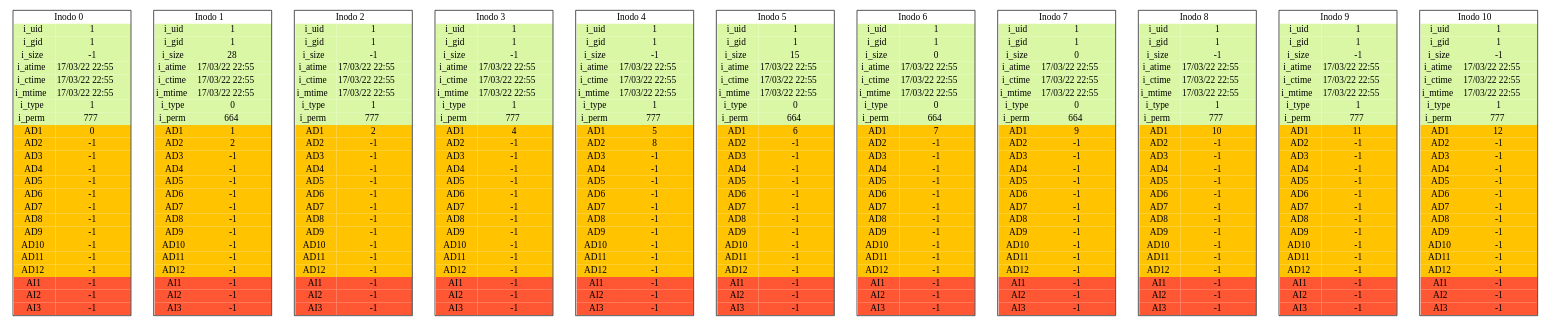
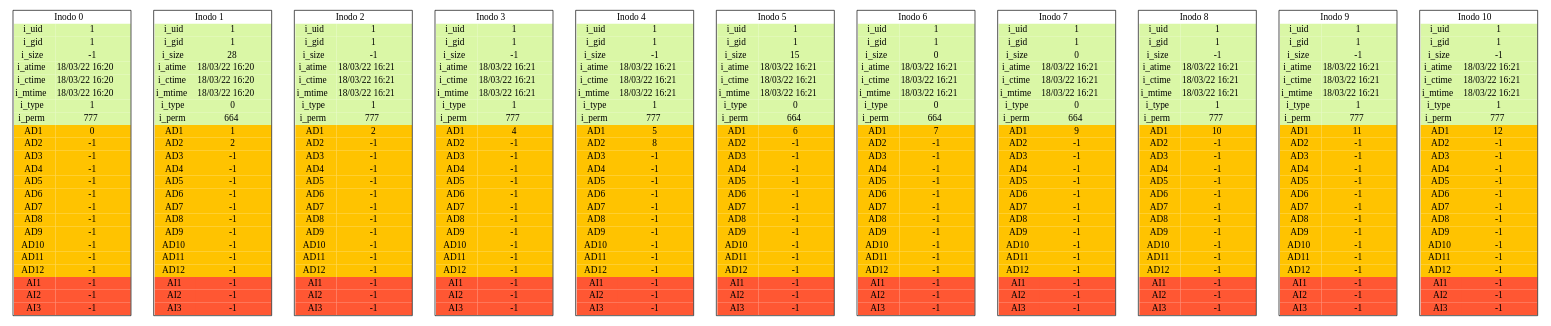
Before and after one commit to 2730538920101/P1_MIA_201709282: the diagram in Inodes_report.dot, drawn with Graphviz. The commit also changed 7 other files, not shown here.

```diff
--- a/Inodes_report.dot
+++ b/Inodes_report.dot
@@ -5,9 +5,9 @@
 <tr><td bgcolor="#DAF7A6">i_uid</td><td bgcolor="#DAF7A6">1</td></tr>
 <tr><td bgcolor="#DAF7A6">i_gid</td><td bgcolor="#DAF7A6">1</td></tr>
 <tr><td bgcolor="#DAF7A6">i_size</td><td bgcolor="#DAF7A6">-1</td></tr>
-<tr><td bgcolor="#DAF7A6">i_atime</td><td bgcolor="#DAF7A6">17/03/22 22:55</td></tr>
-<tr><td bgcolor="#DAF7A6">i_ctime</td><td bgcolor="#DAF7A6">17/03/22 22:55</td></tr>
-<tr><td bgcolor="#DAF7A6">i_mtime</td><td bgcolor="#DAF7A6">17/03/22 22:55</td></tr>
+<tr><td bgcolor="#DAF7A6">i_atime</td><td bgcolor="#DAF7A6">18/03/22 16:20</td></tr>
+<tr><td bgcolor="#DAF7A6">i_ctime</td><td bgcolor="#DAF7A6">18/03/22 16:20</td></tr>
+<tr><td bgcolor="#DAF7A6">i_mtime</td><td bgcolor="#DAF7A6">18/03/22 16:20</td></tr>
 <tr><td bgcolor="#DAF7A6">i_type</td><td bgcolor="#DAF7A6">1</td></tr>
 <tr><td bgcolor="#DAF7A6">i_perm</td><td bgcolor="#DAF7A6">777</td></tr>
 <tr><td bgcolor="#FFC300">AD1</td><td  bgcolor="#FFC300">0</td></tr>
@@ -33,9 +33,9 @@
 <tr><td bgcolor="#DAF7A6">i_uid</td><td bgcolor="#DAF7A6">1</td></tr>
 <tr><td bgcolor="#DAF7A6">i_gid</td><td bgcolor="#DAF7A6">1</td></tr>
 <tr><td bgcolor="#DAF7A6">i_size</td><td bgcolor="#DAF7A6">28</td></tr>
-<tr><td bgcolor="#DAF7A6">i_atime</td><td bgcolor="#DAF7A6">17/03/22 22:55</td></tr>
-<tr><td bgcolor="#DAF7A6">i_ctime</td><td bgcolor="#DAF7A6">17/03/22 22:55</td></tr>
-<tr><td bgcolor="#DAF7A6">i_mtime</td><td bgcolor="#DAF7A6">17/03/22 22:55</td></tr>
+<tr><td bgcolor="#DAF7A6">i_atime</td><td bgcolor="#DAF7A6">18/03/22 16:20</td></tr>
+<tr><td bgcolor="#DAF7A6">i_ctime</td><td bgcolor="#DAF7A6">18/03/22 16:20</td></tr>
+<tr><td bgcolor="#DAF7A6">i_mtime</td><td bgcolor="#DAF7A6">18/03/22 16:20</td></tr>
 <tr><td bgcolor="#DAF7A6">i_type</td><td bgcolor="#DAF7A6">0</td></tr>
 <tr><td bgcolor="#DAF7A6">i_perm</td><td bgcolor="#DAF7A6">664</td></tr>
 <tr><td bgcolor="#FFC300">AD1</td><td  bgcolor="#FFC300">1</td></tr>
@@ -61,9 +61,9 @@
 <tr><td bgcolor="#DAF7A6">i_uid</td><td bgcolor="#DAF7A6">1</td></tr>
 <tr><td bgcolor="#DAF7A6">i_gid</td><td bgcolor="#DAF7A6">1</td></tr>
 <tr><td bgcolor="#DAF7A6">i_size</td><td bgcolor="#DAF7A6">-1</td></tr>
-<tr><td bgcolor="#DAF7A6">i_atime</td><td bgcolor="#DAF7A6">17/03/22 22:55</td></tr>
-<tr><td bgcolor="#DAF7A6">i_ctime</td><td bgcolor="#DAF7A6">17/03/22 22:55</td></tr>
-<tr><td bgcolor="#DAF7A6">i_mtime</td><td bgcolor="#DAF7A6">17/03/22 22:55</td></tr>
+<tr><td bgcolor="#DAF7A6">i_atime</td><td bgcolor="#DAF7A6">18/03/22 16:21</td></tr>
+<tr><td bgcolor="#DAF7A6">i_ctime</td><td bgcolor="#DAF7A6">18/03/22 16:21</td></tr>
+<tr><td bgcolor="#DAF7A6">i_mtime</td><td bgcolor="#DAF7A6">18/03/22 16:21</td></tr>
 <tr><td bgcolor="#DAF7A6">i_type</td><td bgcolor="#DAF7A6">1</td></tr>
 <tr><td bgcolor="#DAF7A6">i_perm</td><td bgcolor="#DAF7A6">777</td></tr>
 <tr><td bgcolor="#FFC300">AD1</td><td  bgcolor="#FFC300">2</td></tr>
@@ -89,9 +89,9 @@
 <tr><td bgcolor="#DAF7A6">i_uid</td><td bgcolor="#DAF7A6">1</td></tr>
 <tr><td bgcolor="#DAF7A6">i_gid</td><td bgcolor="#DAF7A6">1</td></tr>
 <tr><td bgcolor="#DAF7A6">i_size</td><td bgcolor="#DAF7A6">-1</td></tr>
-<tr><td bgcolor="#DAF7A6">i_atime</td><td bgcolor="#DAF7A6">17/03/22 22:55</td></tr>
-<tr><td bgcolor="#DAF7A6">i_ctime</td><td bgcolor="#DAF7A6">17/03/22 22:55</td></tr>
-<tr><td bgcolor="#DAF7A6">i_mtime</td><td bgcolor="#DAF7A6">17/03/22 22:55</td></tr>
+<tr><td bgcolor="#DAF7A6">i_atime</td><td bgcolor="#DAF7A6">18/03/22 16:21</td></tr>
+<tr><td bgcolor="#DAF7A6">i_ctime</td><td bgcolor="#DAF7A6">18/03/22 16:21</td></tr>
+<tr><td bgcolor="#DAF7A6">i_mtime</td><td bgcolor="#DAF7A6">18/03/22 16:21</td></tr>
 <tr><td bgcolor="#DAF7A6">i_type</td><td bgcolor="#DAF7A6">1</td></tr>
 <tr><td bgcolor="#DAF7A6">i_perm</td><td bgcolor="#DAF7A6">777</td></tr>
 <tr><td bgcolor="#FFC300">AD1</td><td  bgcolor="#FFC300">4</td></tr>
@@ -117,9 +117,9 @@
 <tr><td bgcolor="#DAF7A6">i_uid</td><td bgcolor="#DAF7A6">1</td></tr>
 <tr><td bgcolor="#DAF7A6">i_gid</td><td bgcolor="#DAF7A6">1</td></tr>
 <tr><td bgcolor="#DAF7A6">i_size</td><td bgcolor="#DAF7A6">-1</td></tr>
-<tr><td bgcolor="#DAF7A6">i_atime</td><td bgcolor="#DAF7A6">17/03/22 22:55</td></tr>
-<tr><td bgcolor="#DAF7A6">i_ctime</td><td bgcolor="#DAF7A6">17/03/22 22:55</td></tr>
-<tr><td bgcolor="#DAF7A6">i_mtime</td><td bgcolor="#DAF7A6">17/03/22 22:55</td></tr>
+<tr><td bgcolor="#DAF7A6">i_atime</td><td bgcolor="#DAF7A6">18/03/22 16:21</td></tr>
+<tr><td bgcolor="#DAF7A6">i_ctime</td><td bgcolor="#DAF7A6">18/03/22 16:21</td></tr>
+<tr><td bgcolor="#DAF7A6">i_mtime</td><td bgcolor="#DAF7A6">18/03/22 16:21</td></tr>
 <tr><td bgcolor="#DAF7A6">i_type</td><td bgcolor="#DAF7A6">1</td></tr>
 <tr><td bgcolor="#DAF7A6">i_perm</td><td bgcolor="#DAF7A6">777</td></tr>
 <tr><td bgcolor="#FFC300">AD1</td><td  bgcolor="#FFC300">5</td></tr>
@@ -145,9 +145,9 @@
 <tr><td bgcolor="#DAF7A6">i_uid</td><td bgcolor="#DAF7A6">1</td></tr>
 <tr><td bgcolor="#DAF7A6">i_gid</td><td bgcolor="#DAF7A6">1</td></tr>
 <tr><td bgcolor="#DAF7A6">i_size</td><td bgcolor="#DAF7A6">15</td></tr>
-<tr><td bgcolor="#DAF7A6">i_atime</td><td bgcolor="#DAF7A6">17/03/22 22:55</td></tr>
-<tr><td bgcolor="#DAF7A6">i_ctime</td><td bgcolor="#DAF7A6">17/03/22 22:55</td></tr>
-<tr><td bgcolor="#DAF7A6">i_mtime</td><td bgcolor="#DAF7A6">17/03/22 22:55</td></tr>
+<tr><td bgcolor="#DAF7A6">i_atime</td><td bgcolor="#DAF7A6">18/03/22 16:21</td></tr>
+<tr><td bgcolor="#DAF7A6">i_ctime</td><td bgcolor="#DAF7A6">18/03/22 16:21</td></tr>
+<tr><td bgcolor="#DAF7A6">i_mtime</td><td bgcolor="#DAF7A6">18/03/22 16:21</td></tr>
 <tr><td bgcolor="#DAF7A6">i_type</td><td bgcolor="#DAF7A6">0</td></tr>
 <tr><td bgcolor="#DAF7A6">i_perm</td><td bgcolor="#DAF7A6">664</td></tr>
 <tr><td bgcolor="#FFC300">AD1</td><td  bgcolor="#FFC300">6</td></tr>
@@ -173,9 +173,9 @@
 <tr><td bgcolor="#DAF7A6">i_uid</td><td bgcolor="#DAF7A6">1</td></tr>
 <tr><td bgcolor="#DAF7A6">i_gid</td><td bgcolor="#DAF7A6">1</td></tr>
 <tr><td bgcolor="#DAF7A6">i_size</td><td bgcolor="#DAF7A6">0</td></tr>
-<tr><td bgcolor="#DAF7A6">i_atime</td><td bgcolor="#DAF7A6">17/03/22 22:55</td></tr>
-<tr><td bgcolor="#DAF7A6">i_ctime</td><td bgcolor="#DAF7A6">17/03/22 22:55</td></tr>
-<tr><td bgcolor="#DAF7A6">i_mtime</td><td bgcolor="#DAF7A6">17/03/22 22:55</td></tr>
+<tr><td bgcolor="#DAF7A6">i_atime</td><td bgcolor="#DAF7A6">18/03/22 16:21</td></tr>
+<tr><td bgcolor="#DAF7A6">i_ctime</td><td bgcolor="#DAF7A6">18/03/22 16:21</td></tr>
+<tr><td bgcolor="#DAF7A6">i_mtime</td><td bgcolor="#DAF7A6">18/03/22 16:21</td></tr>
 <tr><td bgcolor="#DAF7A6">i_type</td><td bgcolor="#DAF7A6">0</td></tr>
 <tr><td bgcolor="#DAF7A6">i_perm</td><td bgcolor="#DAF7A6">664</td></tr>
 <tr><td bgcolor="#FFC300">AD1</td><td  bgcolor="#FFC300">7</td></tr>
@@ -201,9 +201,9 @@
 <tr><td bgcolor="#DAF7A6">i_uid</td><td bgcolor="#DAF7A6">1</td></tr>
 <tr><td bgcolor="#DAF7A6">i_gid</td><td bgcolor="#DAF7A6">1</td></tr>
 <tr><td bgcolor="#DAF7A6">i_size</td><td bgcolor="#DAF7A6">0</td></tr>
-<tr><td bgcolor="#DAF7A6">i_atime</td><td bgcolor="#DAF7A6">17/03/22 22:55</td></tr>
-<tr><td bgcolor="#DAF7A6">i_ctime</td><td bgcolor="#DAF7A6">17/03/22 22:55</td></tr>
-<tr><td bgcolor="#DAF7A6">i_mtime</td><td bgcolor="#DAF7A6">17/03/22 22:55</td></tr>
+<tr><td bgcolor="#DAF7A6">i_atime</td><td bgcolor="#DAF7A6">18/03/22 16:21</td></tr>
+<tr><td bgcolor="#DAF7A6">i_ctime</td><td bgcolor="#DAF7A6">18/03/22 16:21</td></tr>
+<tr><td bgcolor="#DAF7A6">i_mtime</td><td bgcolor="#DAF7A6">18/03/22 16:21</td></tr>
 <tr><td bgcolor="#DAF7A6">i_type</td><td bgcolor="#DAF7A6">0</td></tr>
 <tr><td bgcolor="#DAF7A6">i_perm</td><td bgcolor="#DAF7A6">664</td></tr>
 <tr><td bgcolor="#FFC300">AD1</td><td  bgcolor="#FFC300">9</td></tr>
@@ -229,9 +229,9 @@
 <tr><td bgcolor="#DAF7A6">i_uid</td><td bgcolor="#DAF7A6">1</td></tr>
 <tr><td bgcolor="#DAF7A6">i_gid</td><td bgcolor="#DAF7A6">1</td></tr>
 <tr><td bgcolor="#DAF7A6">i_size</td><td bgcolor="#DAF7A6">-1</td></tr>
-<tr><td bgcolor="#DAF7A6">i_atime</td><td bgcolor="#DAF7A6">17/03/22 22:55</td></tr>
-<tr><td bgcolor="#DAF7A6">i_ctime</td><td bgcolor="#DAF7A6">17/03/22 22:55</td></tr>
-<tr><td bgcolor="#DAF7A6">i_mtime</td><td bgcolor="#DAF7A6">17/03/22 22:55</td></tr>
+<tr><td bgcolor="#DAF7A6">i_atime</td><td bgcolor="#DAF7A6">18/03/22 16:21</td></tr>
+<tr><td bgcolor="#DAF7A6">i_ctime</td><td bgcolor="#DAF7A6">18/03/22 16:21</td></tr>
+<tr><td bgcolor="#DAF7A6">i_mtime</td><td bgcolor="#DAF7A6">18/03/22 16:21</td></tr>
 <tr><td bgcolor="#DAF7A6">i_type</td><td bgcolor="#DAF7A6">1</td></tr>
 <tr><td bgcolor="#DAF7A6">i_perm</td><td bgcolor="#DAF7A6">777</td></tr>
 <tr><td bgcolor="#FFC300">AD1</td><td  bgcolor="#FFC300">10</td></tr>
@@ -257,9 +257,9 @@
 <tr><td bgcolor="#DAF7A6">i_uid</td><td bgcolor="#DAF7A6">1</td></tr>
 <tr><td bgcolor="#DAF7A6">i_gid</td><td bgcolor="#DAF7A6">1</td></tr>
 <tr><td bgcolor="#DAF7A6">i_size</td><td bgcolor="#DAF7A6">-1</td></tr>
-<tr><td bgcolor="#DAF7A6">i_atime</td><td bgcolor="#DAF7A6">17/03/22 22:55</td></tr>
-<tr><td bgcolor="#DAF7A6">i_ctime</td><td bgcolor="#DAF7A6">17/03/22 22:55</td></tr>
-<tr><td bgcolor="#DAF7A6">i_mtime</td><td bgcolor="#DAF7A6">17/03/22 22:55</td></tr>
+<tr><td bgcolor="#DAF7A6">i_atime</td><td bgcolor="#DAF7A6">18/03/22 16:21</td></tr>
+<tr><td bgcolor="#DAF7A6">i_ctime</td><td bgcolor="#DAF7A6">18/03/22 16:21</td></tr>
+<tr><td bgcolor="#DAF7A6">i_mtime</td><td bgcolor="#DAF7A6">18/03/22 16:21</td></tr>
 <tr><td bgcolor="#DAF7A6">i_type</td><td bgcolor="#DAF7A6">1</td></tr>
 <tr><td bgcolor="#DAF7A6">i_perm</td><td bgcolor="#DAF7A6">777</td></tr>
 <tr><td bgcolor="#FFC300">AD1</td><td  bgcolor="#FFC300">11</td></tr>
@@ -285,9 +285,9 @@
 <tr><td bgcolor="#DAF7A6">i_uid</td><td bgcolor="#DAF7A6">1</td></tr>
 <tr><td bgcolor="#DAF7A6">i_gid</td><td bgcolor="#DAF7A6">1</td></tr>
 <tr><td bgcolor="#DAF7A6">i_size</td><td bgcolor="#DAF7A6">-1</td></tr>
-<tr><td bgcolor="#DAF7A6">i_atime</td><td bgcolor="#DAF7A6">17/03/22 22:55</td></tr>
-<tr><td bgcolor="#DAF7A6">i_ctime</td><td bgcolor="#DAF7A6">17/03/22 22:55</td></tr>
-<tr><td bgcolor="#DAF7A6">i_mtime</td><td bgcolor="#DAF7A6">17/03/22 22:55</td></tr>
+<tr><td bgcolor="#DAF7A6">i_atime</td><td bgcolor="#DAF7A6">18/03/22 16:21</td></tr>
+<tr><td bgcolor="#DAF7A6">i_ctime</td><td bgcolor="#DAF7A6">18/03/22 16:21</td></tr>
+<tr><td bgcolor="#DAF7A6">i_mtime</td><td bgcolor="#DAF7A6">18/03/22 16:21</td></tr>
 <tr><td bgcolor="#DAF7A6">i_type</td><td bgcolor="#DAF7A6">1</td></tr>
 <tr><td bgcolor="#DAF7A6">i_perm</td><td bgcolor="#DAF7A6">777</td></tr>
 <tr><td bgcolor="#FFC300">AD1</td><td  bgcolor="#FFC300">12</td></tr>
```
